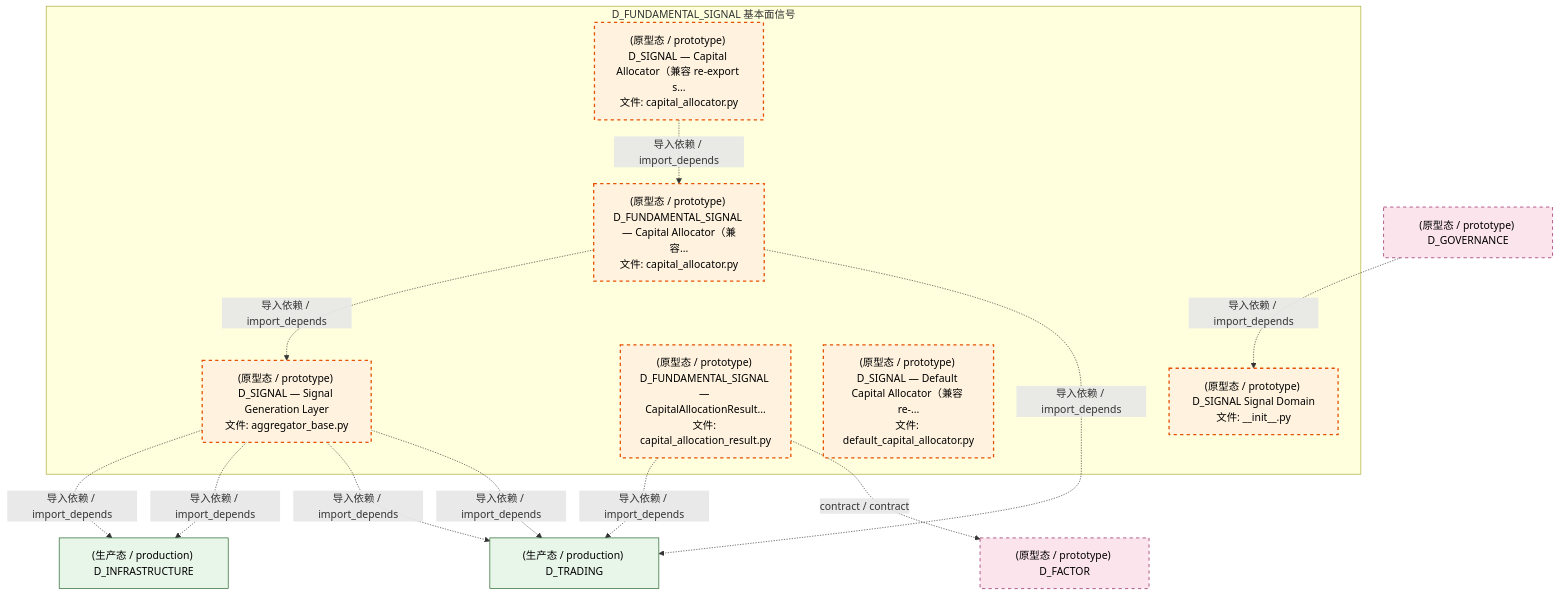
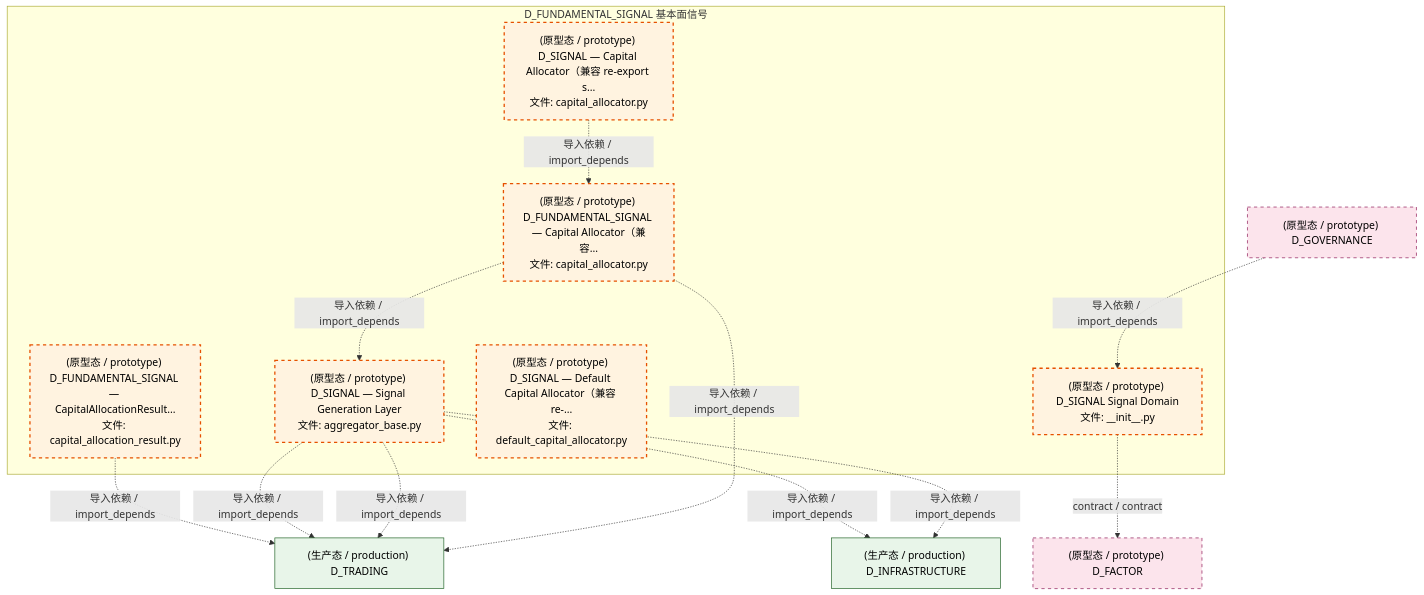
Before and after one commit to xuanFelixVan/ZephyrAlpha: the third of 4 diagrams in docs/02_enterprise_architecture/02_domain_architecture_docs/37_d_fundamental_signal.md, drawn with Mermaid. The commit also changed other lines of this file and 100 other files, not shown here.

````diff
--- a/docs/02_enterprise_architecture/02_domain_architecture_docs/37_d_fundamental_signal.md
+++ b/docs/02_enterprise_architecture/02_domain_architecture_docs/37_d_fundamental_signal.md
@@ -170,32 +170,32 @@
 ```mermaid
 graph TD
     subgraph D_FUNDAMENTAL_SIGNAL["D_FUNDAMENTAL_SIGNAL 基本面信号"]
         src_zephyr_signal_fundamental_init_py["(原型态 / prototype) D_SIGNAL Signal Domain<br/>文件: __init__.py"]
         src_zephyr_signal_fundamental_capital_capital_allocation_result_py["(原型态 / prototype) D_FUNDAMENTAL_SIGNAL — CapitalAllocationResult...<br/>文件: capital_allocation_result.py"]
         src_zephyr_signal_fundamental_capital_capital_allocator_py["(原型态 / prototype) D_SIGNAL — Capital Allocator（兼容 re-export s...<br/>文件: capital_allocator.py"]
         src_zephyr_signal_fundamental_capital_default_capital_allocator_py["(原型态 / prototype) D_SIGNAL — Default Capital Allocator（兼容 re-...<br/>文件: default_capital_allocator.py"]
         src_zephyr_signal_fundamental_gen_aggregator_base_py["(原型态 / prototype) D_SIGNAL — Signal Generation Layer<br/>文件: aggregator_base.py"]
         src_zephyr_signal_fundamental_strategy_capital_allocator_py["(原型态 / prototype) D_FUNDAMENTAL_SIGNAL — Capital Allocator（兼容...<br/>文件: capital_allocator.py"]
     end
     src_zephyr_signal_fundamental_capital_capital_allocator_py -.->|导入依赖 / import_depends| src_zephyr_signal_fundamental_strategy_capital_allocator_py
     src_zephyr_signal_fundamental_strategy_capital_allocator_py -.->|导入依赖 / import_depends| src_zephyr_signal_fundamental_gen_aggregator_base_py
+    D_FACTOR["(原型态 / prototype) D_FACTOR"]
+    src_zephyr_signal_fundamental_init_py -.->|contract / contract| D_FACTOR
     D_TRADING["(生产态 / production) D_TRADING"]
     src_zephyr_signal_fundamental_capital_capital_allocation_result_py -.->|导入依赖 / import_depends| D_TRADING
-    D_FACTOR["(原型态 / prototype) D_FACTOR"]
-    src_zephyr_signal_fundamental_capital_capital_allocation_result_py -.->|contract / contract| D_FACTOR
+    src_zephyr_signal_fundamental_gen_aggregator_base_py -.->|导入依赖 / import_depends| D_TRADING
+    src_zephyr_signal_fundamental_gen_aggregator_base_py -.->|导入依赖 / import_depends| D_TRADING
     D_INFRASTRUCTURE["(生产态 / production) D_INFRASTRUCTURE"]
     src_zephyr_signal_fundamental_gen_aggregator_base_py -.->|导入依赖 / import_depends| D_INFRASTRUCTURE
     src_zephyr_signal_fundamental_gen_aggregator_base_py -.->|导入依赖 / import_depends| D_INFRASTRUCTURE
-    src_zephyr_signal_fundamental_gen_aggregator_base_py -.->|导入依赖 / import_depends| D_TRADING
-    src_zephyr_signal_fundamental_gen_aggregator_base_py -.->|导入依赖 / import_depends| D_TRADING
     src_zephyr_signal_fundamental_strategy_capital_allocator_py -.->|导入依赖 / import_depends| D_TRADING
     D_GOVERNANCE["(原型态 / prototype) D_GOVERNANCE"]
     D_GOVERNANCE -.->|导入依赖 / import_depends| src_zephyr_signal_fundamental_init_py
     classDef production fill:#e1f5fe,stroke:#01579b,stroke-width:2px,color:#000
     classDef design fill:#fff3e0,stroke:#e65100,stroke-width:2px,color:#000,stroke-dasharray: 5 5
     classDef external_prod fill:#e8f5e9,stroke:#1b5e20,stroke-width:1px,color:#000
     classDef external_design fill:#fce4ec,stroke:#880e4f,stroke-width:1px,color:#000,stroke-dasharray: 5 5
     class src_zephyr_signal_fundamental_init_py,src_zephyr_signal_fundamental_capital_capital_allocation_result_py,src_zephyr_signal_fundamental_capital_capital_allocator_py,src_zephyr_signal_fundamental_capital_default_capital_allocator_py,src_zephyr_signal_fundamental_gen_aggregator_base_py,src_zephyr_signal_fundamental_strategy_capital_allocator_py design
     class D_TRADING,D_INFRASTRUCTURE external_prod
     class D_FACTOR,D_GOVERNANCE external_design
 ```
````
